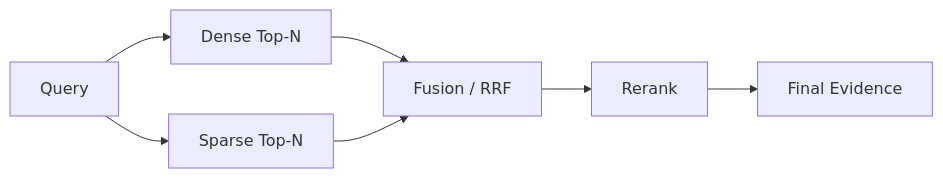
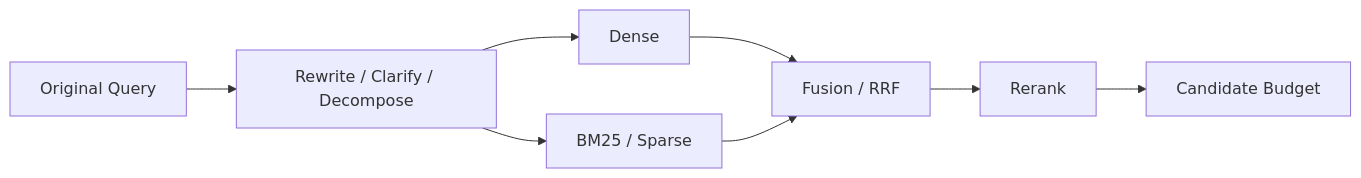
Before and after one commit to studyzhige-ui/ai-application-interview-handbook: the third of 6 diagrams in rag/review/README.md, drawn with Mermaid. The commit also changed other lines of this file, not shown here.

````diff
--- a/rag/review/README.md
+++ b/rag/review/README.md
@@ -56,9 +47,10 @@
 ```mermaid
 flowchart LR
-    Q["Query"] --> D["Dense Top-N"]
-    Q --> S["Sparse Top-N"]
+    Q["Original Query"] --> P["Rewrite / Clarify / Decompose"]
+    P --> D["Dense"]
+    P --> S["BM25 / Sparse"]
     D --> F["Fusion / RRF"]
     S --> F
     F --> R["Rerank"]
-    R --> K["Final Evidence"]
+    R --> C["Candidate Budget"]
 ```
````
